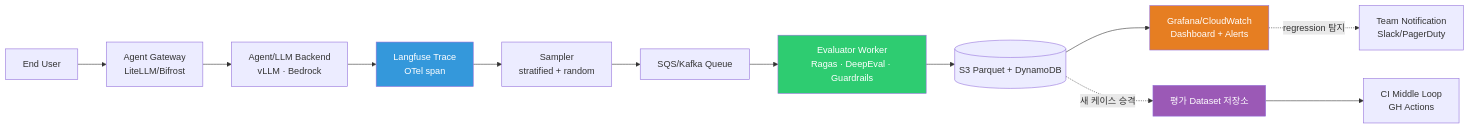
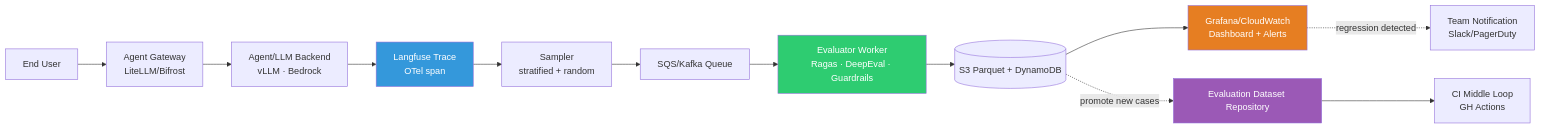
Before and after one commit to devfloor9/engineering-playbook: the third of 3 diagrams in docs/aidlc/toolchain/evaluation-framework.md, drawn with Mermaid. The commit also changed other lines of this file and 954 other files, not shown here.

````diff
--- a/docs/aidlc/toolchain/evaluation-framework.md
+++ b/docs/aidlc/toolchain/evaluation-framework.md
@@ -506,19 +506,19 @@
 ```mermaid
 flowchart LR
     U[End User] --> AGW[Agent Gateway<br/>LiteLLM/Bifrost]
     AGW --> AG[Agent/LLM Backend<br/>vLLM · Bedrock]
     AG --> TR[Langfuse Trace<br/>OTel span]
     TR --> SMP[Sampler<br/>stratified + random]
     SMP --> Q[SQS/Kafka Queue]
     Q --> EVW[Evaluator Worker<br/>Ragas · DeepEval · Guardrails]
     EVW --> S3[(S3 Parquet + DynamoDB)]
     S3 --> GRAF[Grafana/CloudWatch<br/>Dashboard + Alerts]
-    GRAF -. regression 탐지 .-> TEAM[Team Notification<br/>Slack/PagerDuty]
-    S3 -. 새 케이스 승격 .-> DS[평가 Dataset 저장소]
+    GRAF -. regression detected .-> TEAM[Team Notification<br/>Slack/PagerDuty]
+    S3 -. promote new cases .-> DS[Evaluation Dataset Repository]
     DS --> CI[CI Middle Loop<br/>GH Actions]
 
     style TR fill:#3498db,color:#fff
     style EVW fill:#2ecc71,color:#fff
     style GRAF fill:#e67e22,color:#fff
     style DS fill:#9b59b6,color:#fff
 ```
````
